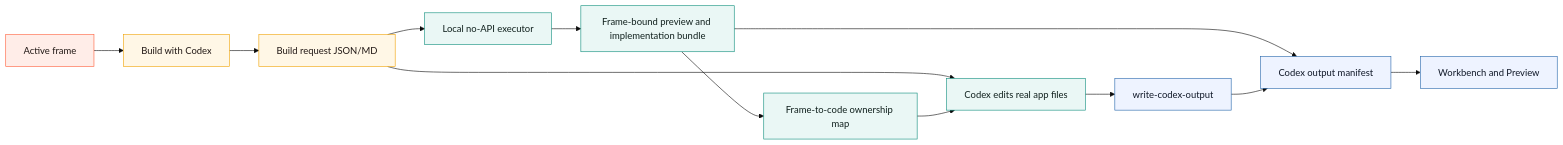
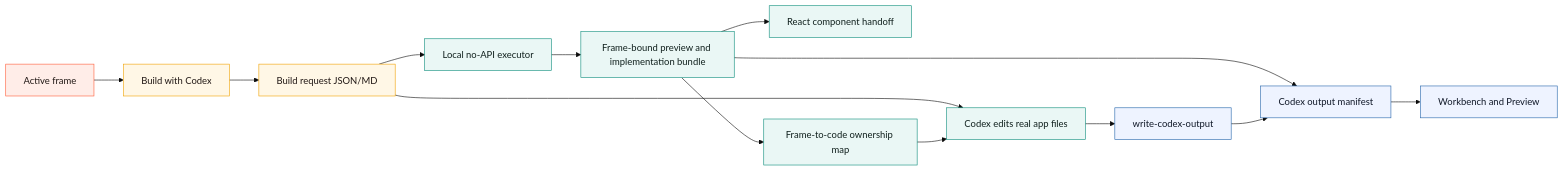
The sixth of 9 diagrams in docs/USAGE.md (varshneydevansh/Canvax), drawn with Mermaid (base theme) before and after one commit. The commit also changed other lines of this file and 10 other files, not shown here.

Commit message:
feat: emit React component build handoff

````diff
--- a/docs/USAGE.md
+++ b/docs/USAGE.md
@@ -700,23 +702,24 @@
 ```mermaid
 flowchart LR
     A[Active frame] --> B[Build with Codex]
     B --> C[Build request JSON/MD]
     C --> D[Local no-API executor]
     D --> E[Frame-bound preview and implementation bundle]
+    E --> K[React component handoff]
     E --> J[Frame-to-code ownership map]
     C --> F[Codex edits real app files]
     F --> G[write-codex-output]
     E --> H[Codex output manifest]
     J --> F
     G --> H
     H --> I[Workbench and Preview]
 
     classDef sketch fill:#ffede8,stroke:#ff5d3a,color:#211815;
     classDef request fill:#fff7e6,stroke:#f0a202,color:#211815;
     classDef code fill:#eaf7f5,stroke:#0c8d7b,color:#10201d;
     classDef preview fill:#eef3ff,stroke:#2364aa,color:#101828;
     class A sketch;
     class B,C request;
-    class D,E,F,J code;
+    class D,E,F,J,K code;
     class G,H,I preview;
 ```
````
